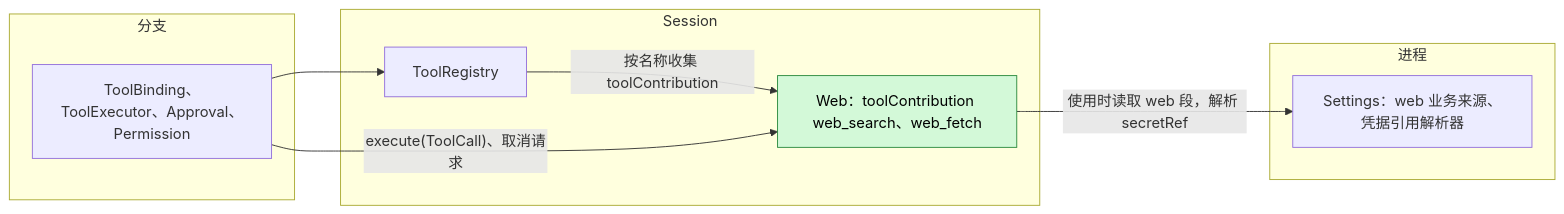
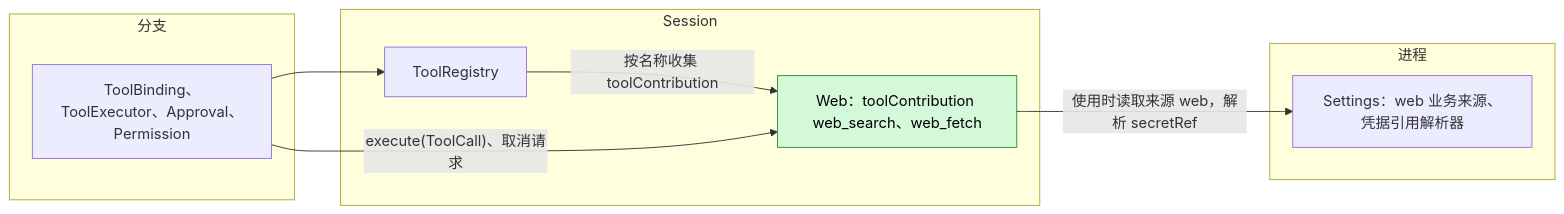
Before and after one commit to CoutinhoTTS/dim-agent: the first of 5 diagrams in docs/zh/design/plugins/Web.md, drawn with Mermaid. The commit also changed other lines of this file and 27 other files, not shown here.

````diff
--- a/docs/zh/design/plugins/Web.md
+++ b/docs/zh/design/plugins/Web.md
@@ -9,18 +9,18 @@
 ```mermaid
 flowchart LR
   subgraph PROC["进程"]
     Settings["Settings：web 业务来源、凭据引用解析器"]
   end
   subgraph SESS["Session"]
     Web["Web：toolContribution web_search、web_fetch"]:::new
     ToolRegistry["ToolRegistry"]
   end
   subgraph BR["分支"]
     Exec["ToolBinding、ToolExecutor、Approval、Permission"]
   end
-  Web -->|"使用时读取 web 段，解析 secretRef"| Settings
+  Web -->|"使用时读取来源 web，解析 secretRef"| Settings
   ToolRegistry -->|"按名称收集 toolContribution"| Web
   Exec --> ToolRegistry
   Exec -->|"execute(ToolCall)、取消请求"| Web
   classDef new fill:#d3f9d8,stroke:#2b8a3e,color:#000
 ```
````
